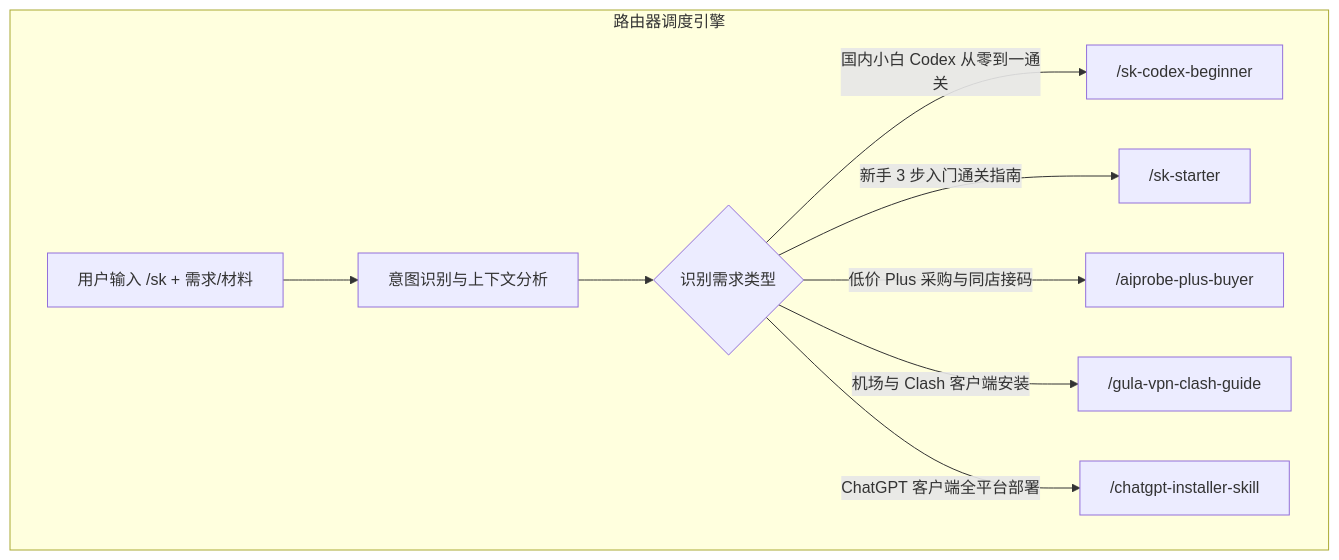
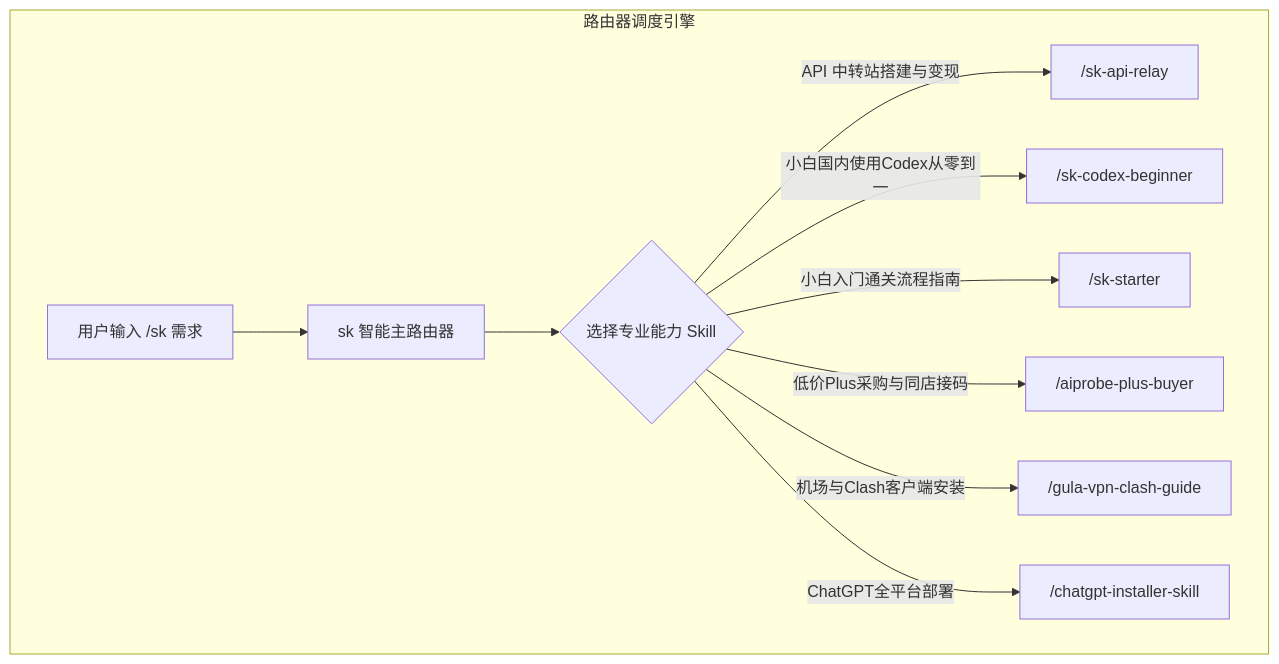
One commit to ss22219/skilldb changed the diagram in skills/sk-router/SKILL.md. Above: the diagram before and after it, drawn with Mermaid. The commit also changed other lines of this file and 6 other files, not shown here.

Commit message:
\ feat: add sk-api-relay-monetization skill for AI API Relay Proxy Station Monetization\

````diff
--- a/skills/sk-router/SKILL.md
+++ b/skills/sk-router/SKILL.md
@@ -14,12 +14,13 @@
 ```mermaid
 flowchart TD
     subgraph router ["路由器调度引擎"]
-        A[用户输入 /sk + 需求/材料] --> B[意图识别与上下文分析]
-        B --> C{识别需求类型}
-        C -->|国内小白 Codex 从零到一通关| D["/sk-codex-beginner"]
-        C -->|新手 3 步入门通关指南| E["/sk-starter"]
-        C -->|低价 Plus 采购与同店接码| F["/aiprobe-plus-buyer"]
-        C -->|机场与 Clash 客户端安装| G["/gula-vpn-clash-guide"]
-        C -->|ChatGPT 客户端全平台部署| H["/chatgpt-installer-skill"]
+        A[用户输入 /sk 需求] --> B[sk 智能主路由器]
+        B --> C{选择专业能力 Skill}
+        C -->|API 中转站搭建与变现| D["/sk-api-relay"]
+        C -->|小白国内使用Codex从零到一| E["/sk-codex-beginner"]
+        C -->|小白入门通关流程指南| F["/sk-starter"]
+        C -->|低价Plus采购与同店接码| G["/aiprobe-plus-buyer"]
+        C -->|机场与Clash客户端安装| H["/gula-vpn-clash-guide"]
+        C -->|ChatGPT全平台部署| I["/chatgpt-installer-skill"]
     end
 ```
````
